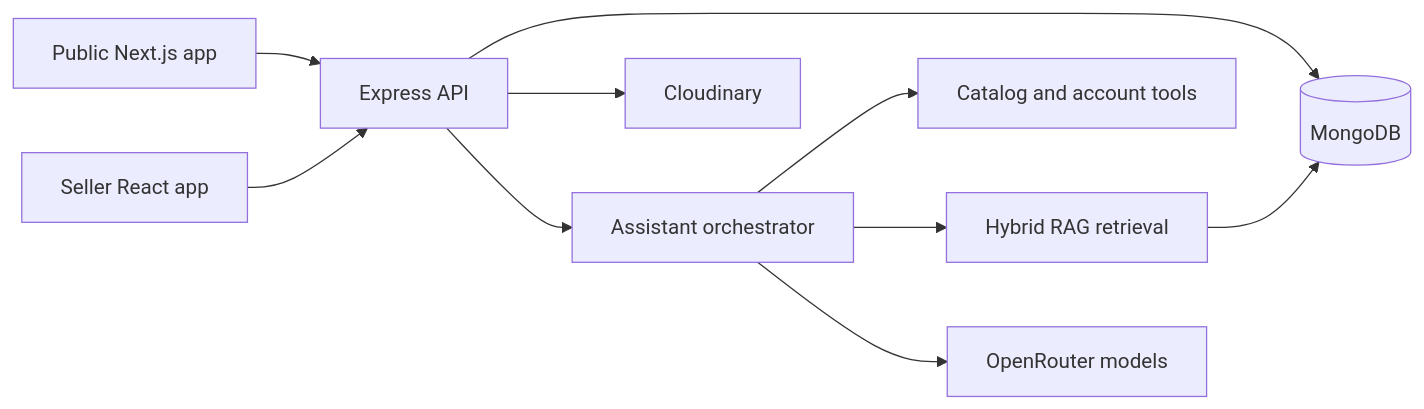
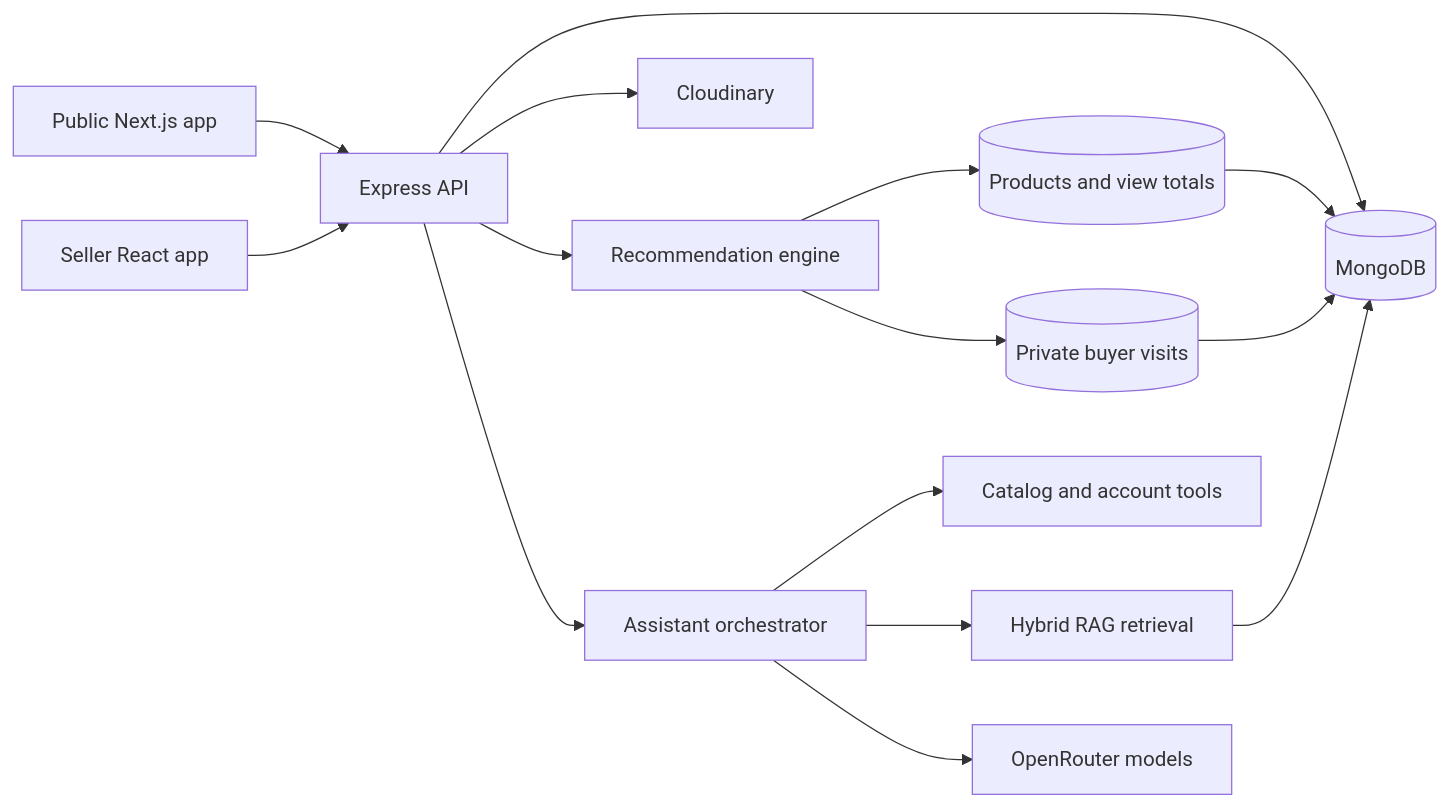
One commit to yabuz87/ElectraMarket-AI changed the diagram in README.md. Above: the diagram before and after it, drawn with Mermaid. The commit also changed other lines of this file and 2 other files, not shown here.

Commit message:
docs: describe recommendation system architecture

````diff
--- a/README.md
+++ b/README.md
@@ -41,12 +42,17 @@
 ```mermaid
 flowchart LR
     Client[Public Next.js app] --> API[Express API]
     Admin[Seller React app] --> API
     API --> Mongo[(MongoDB)]
     API --> Cloudinary[Cloudinary]
+    API --> Recommender[Recommendation engine]
+    Recommender --> Catalog[(Products and view totals)]
+    Recommender --> Visits[(Private buyer visits)]
+    Catalog --> Mongo
+    Visits --> Mongo
     API --> Assistant[Assistant orchestrator]
     Assistant --> Tools[Catalog and account tools]
     Assistant --> RAG[Hybrid RAG retrieval]
     Assistant --> OpenRouter[OpenRouter models]
     RAG --> Mongo
 ```
````
